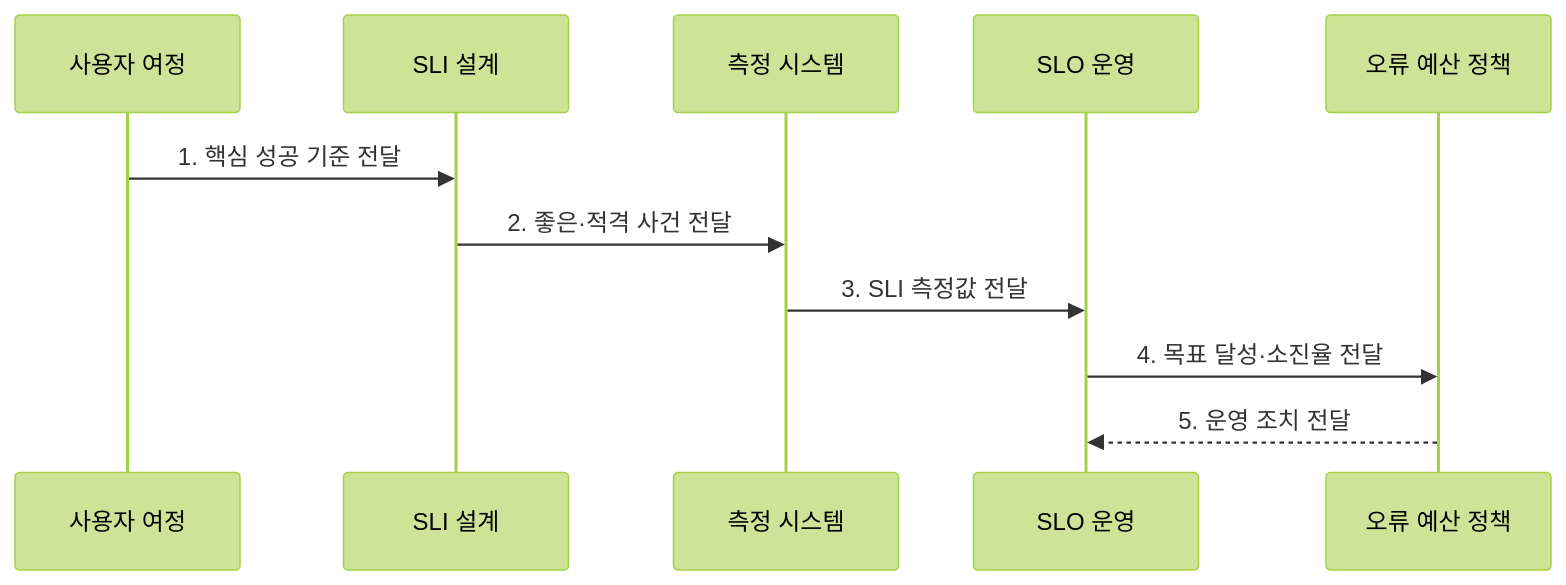
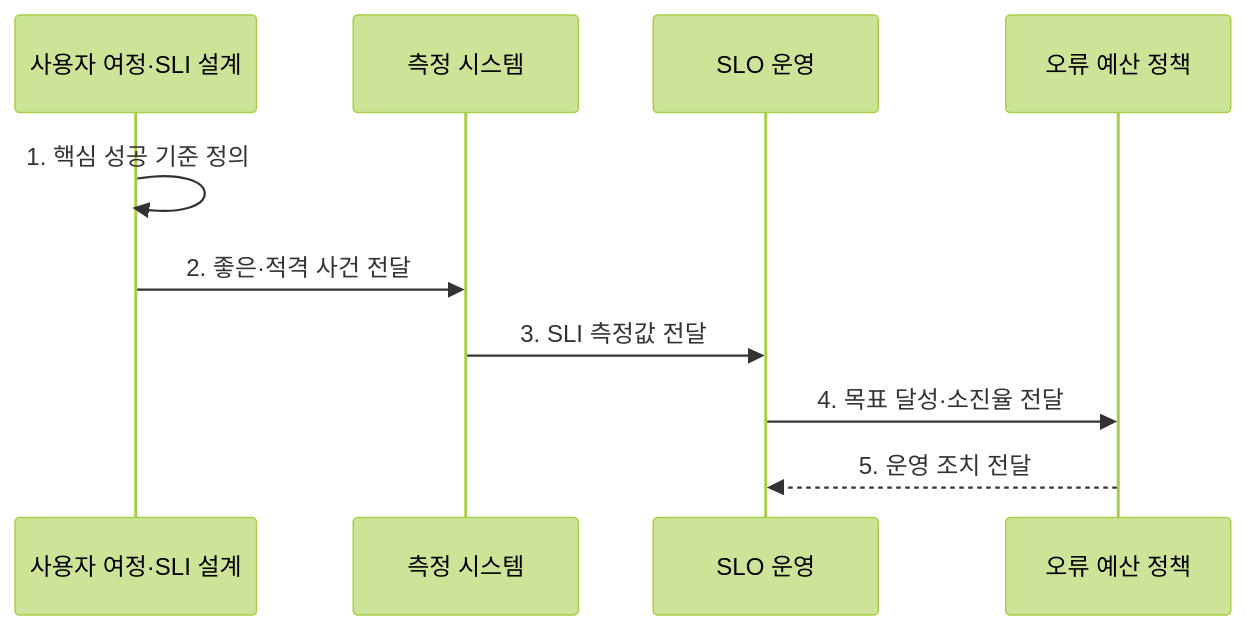
The second of 2 diagrams in src/content/docs/notes/08-latest-tech/173_slo.md (agnusdei1207/knowledge-base), drawn with Mermaid (forest theme) before and after one commit. The commit also changed other lines of this file and 3 other files, not shown here.

````diff
--- a/src/content/docs/notes/08-latest-tech/173_slo.md
+++ b/src/content/docs/notes/08-latest-tech/173_slo.md
@@ -99,13 +99,12 @@
 ```mermaid
 sequenceDiagram
-    participant U as 사용자 여정
-    participant S as SLI 설계
+    participant S as 사용자 여정·SLI 설계
     participant M as 측정 시스템
     participant O as SLO 운영
     participant P as 오류 예산 정책
-    U->>S: 1. 핵심 성공 기준 전달
+    S->>S: 1. 핵심 성공 기준 정의
     S->>M: 2. 좋은·적격 사건 전달
     M->>O: 3. SLI 측정값 전달
     O->>P: 4. 목표 달성·소진율 전달
     P-->>O: 5. 운영 조치 전달
 ```
````
